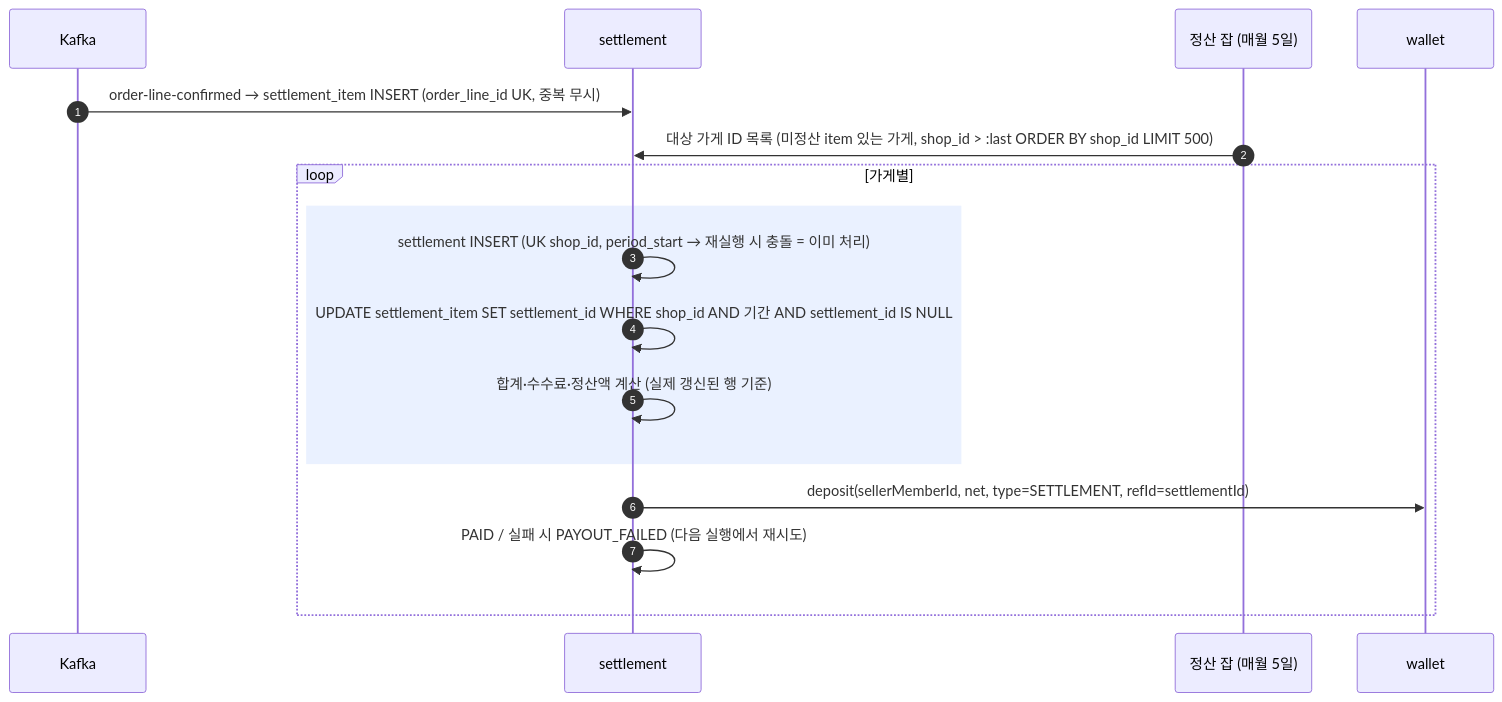
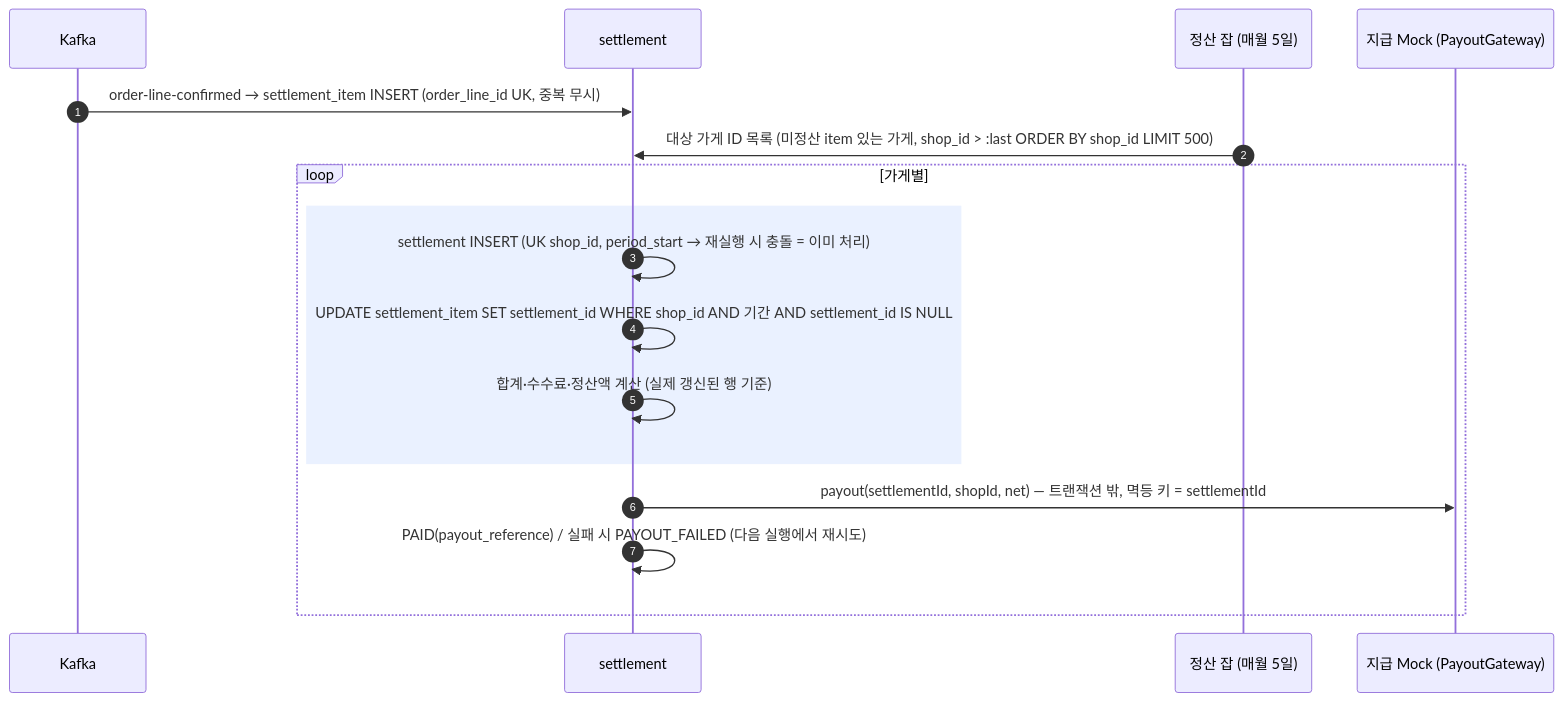
Before and after one commit to 95twan/myroutine-v2: the seventh of 10 diagrams in docs/02-design/06-sequences.md, drawn with Mermaid. The commit also changed other lines of this file and 27 other files, not shown here.

````diff
--- a/docs/02-design/06-sequences.md
+++ b/docs/02-design/06-sequences.md
@@ -203,19 +192,19 @@
 ```mermaid
 sequenceDiagram
   autonumber
   participant K as Kafka
   participant S as settlement
   participant J as 정산 잡 (매월 5일)
-  participant W as wallet
+  participant B as 지급 Mock (PayoutGateway)
   K->>S: order-line-confirmed → settlement_item INSERT (order_line_id UK, 중복 무시)
   J->>S: 대상 가게 ID 목록 (미정산 item 있는 가게, shop_id > :last ORDER BY shop_id LIMIT 500)
   loop 가게별
     rect rgba(80,140,255,0.12)
       S->>S: settlement INSERT (UK shop_id, period_start → 재실행 시 충돌 = 이미 처리)
       S->>S: UPDATE settlement_item SET settlement_id WHERE shop_id AND 기간 AND settlement_id IS NULL
       S->>S: 합계·수수료·정산액 계산 (실제 갱신된 행 기준)
     end
-    S->>W: deposit(sellerMemberId, net, type=SETTLEMENT, refId=settlementId)
-    S->>S: PAID / 실패 시 PAYOUT_FAILED (다음 실행에서 재시도)
+    S->>B: payout(settlementId, shopId, net) — 트랜잭션 밖, 멱등 키 = settlementId
+    S->>S: PAID(payout_reference) / 실패 시 PAYOUT_FAILED (다음 실행에서 재시도)
   end
 ```
````
